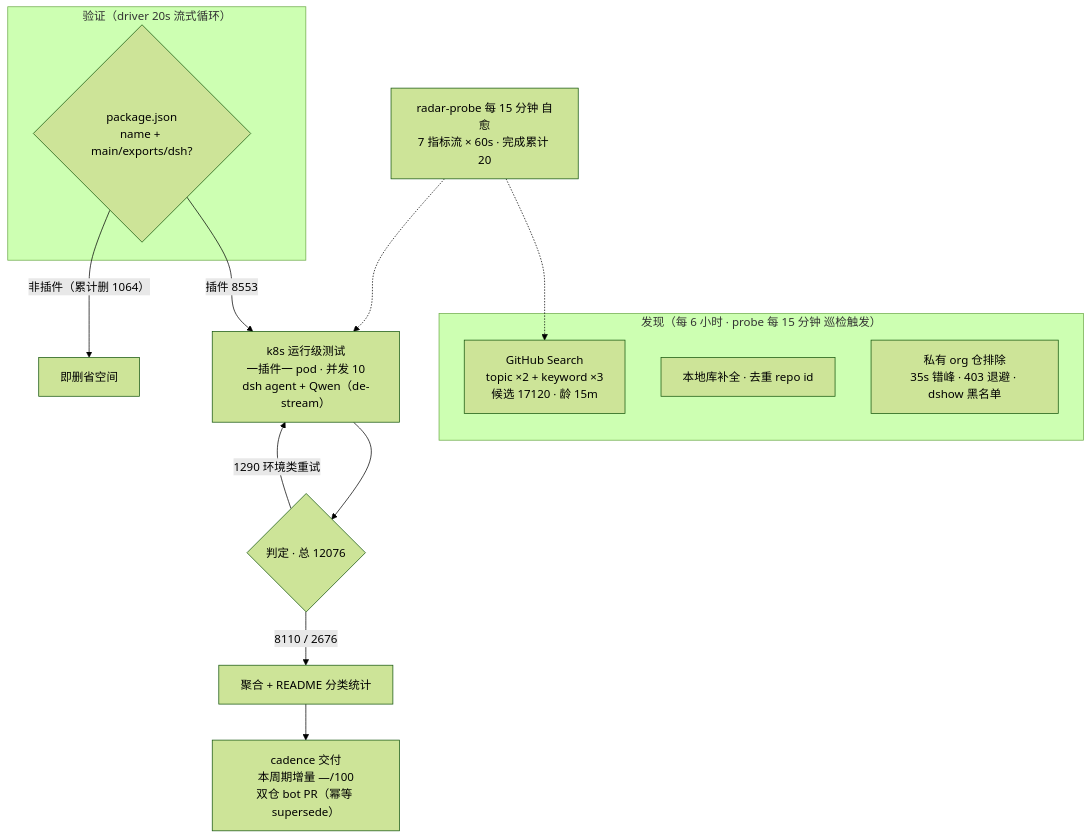
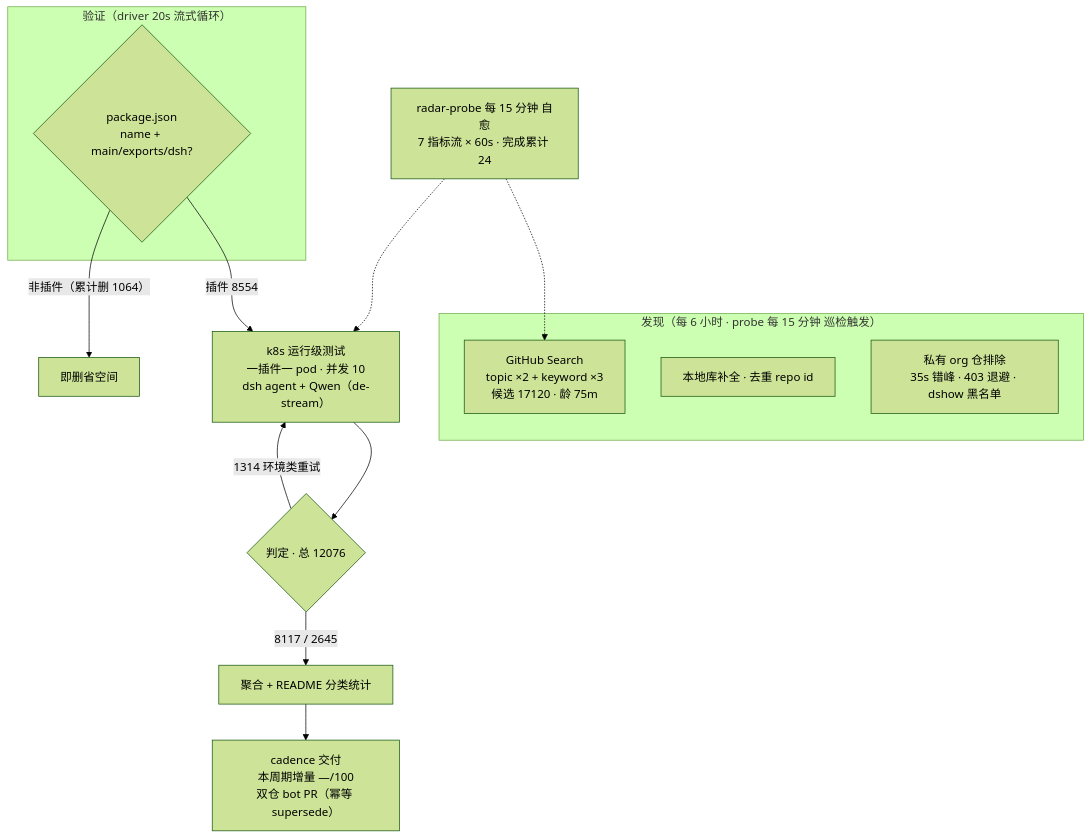
One commit to Zhidao-Lab-OSS/awesome-dsh-plugins changed the diagram in README.md. Above: the diagram before and after it, drawn with Mermaid (forest theme). The commit also changed other lines of this file and 1 other file, not shown here.

````diff
--- a/README.md
+++ b/README.md
@@ -52,20 +52,20 @@
 ```mermaid
 flowchart TB
     subgraph Discovery["发现（每 6 小时 · probe 每 15 分钟 巡检触发）"]
-        A1["GitHub Search<br/>topic ×2 + keyword ×3<br/>候选 17120 · 龄 15m"]
+        A1["GitHub Search<br/>topic ×2 + keyword ×3<br/>候选 17120 · 龄 75m"]
         A2["本地库补全 · 去重 repo id"]
         A3["私有 org 仓排除<br/>35s 错峰 · 403 退避 · dshow 黑名单"]
     end
     subgraph Validation["验证（driver 20s 流式循环）"]
         B1{"package.json<br/>name + main/exports/dsh?"}
     end
-    B1 -->|"插件 8553"| C1["k8s 运行级测试<br/>一插件一 pod · 并发 10<br/>dsh agent + Qwen（de-stream）"]
+    B1 -->|"插件 8554"| C1["k8s 运行级测试<br/>一插件一 pod · 并发 10<br/>dsh agent + Qwen（de-stream）"]
     B1 -->|"非插件（累计删 1064）"| B3["即删省空间"]
     C1 --> D1{"判定 · 总 12076"}
-    D1 -->|"8110 / 2676"| E1["聚合 + README 分类统计"]
-    D1 -->|"1290 环境类重试"| C1
+    D1 -->|"8117 / 2645"| E1["聚合 + README 分类统计"]
+    D1 -->|"1314 环境类重试"| C1
     E1 --> E2["cadence 交付<br/>本周期增量 —/100<br/>双仓 bot PR（幂等 supersede）"]
-    M["radar-probe 每 15 分钟 自愈<br/>7 指标流 × 60s · 完成累计 20"]
+    M["radar-probe 每 15 分钟 自愈<br/>7 指标流 × 60s · 完成累计 24"]
     M -.-> A1
     M -.-> C1
 ```
````
